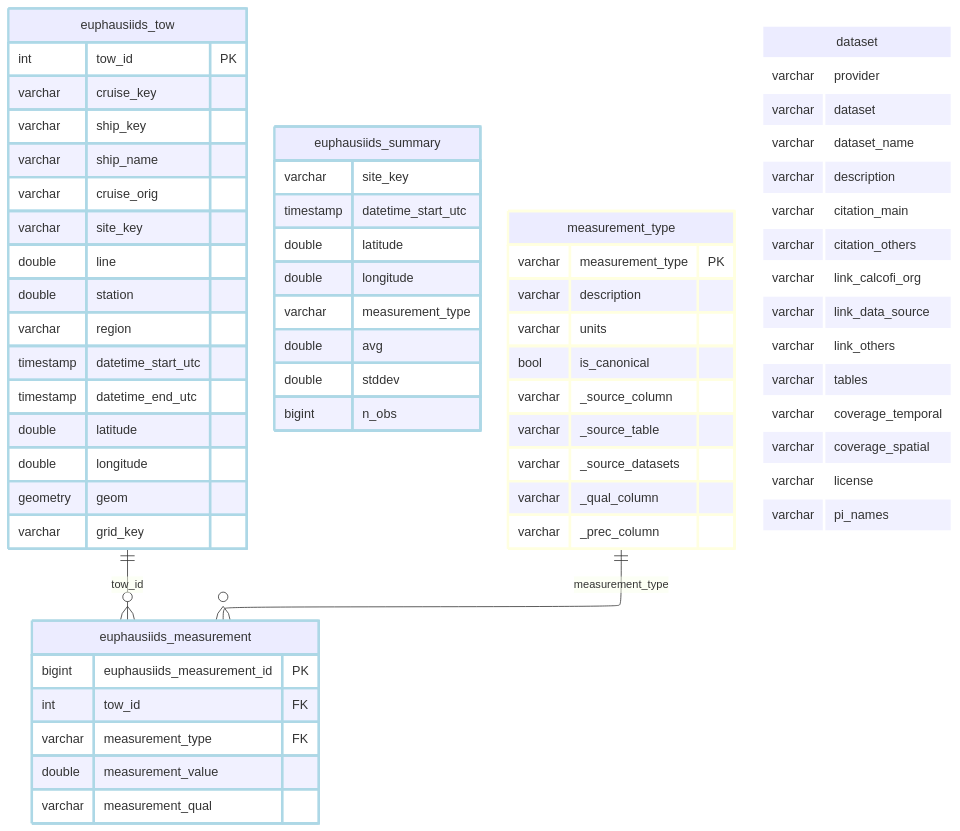
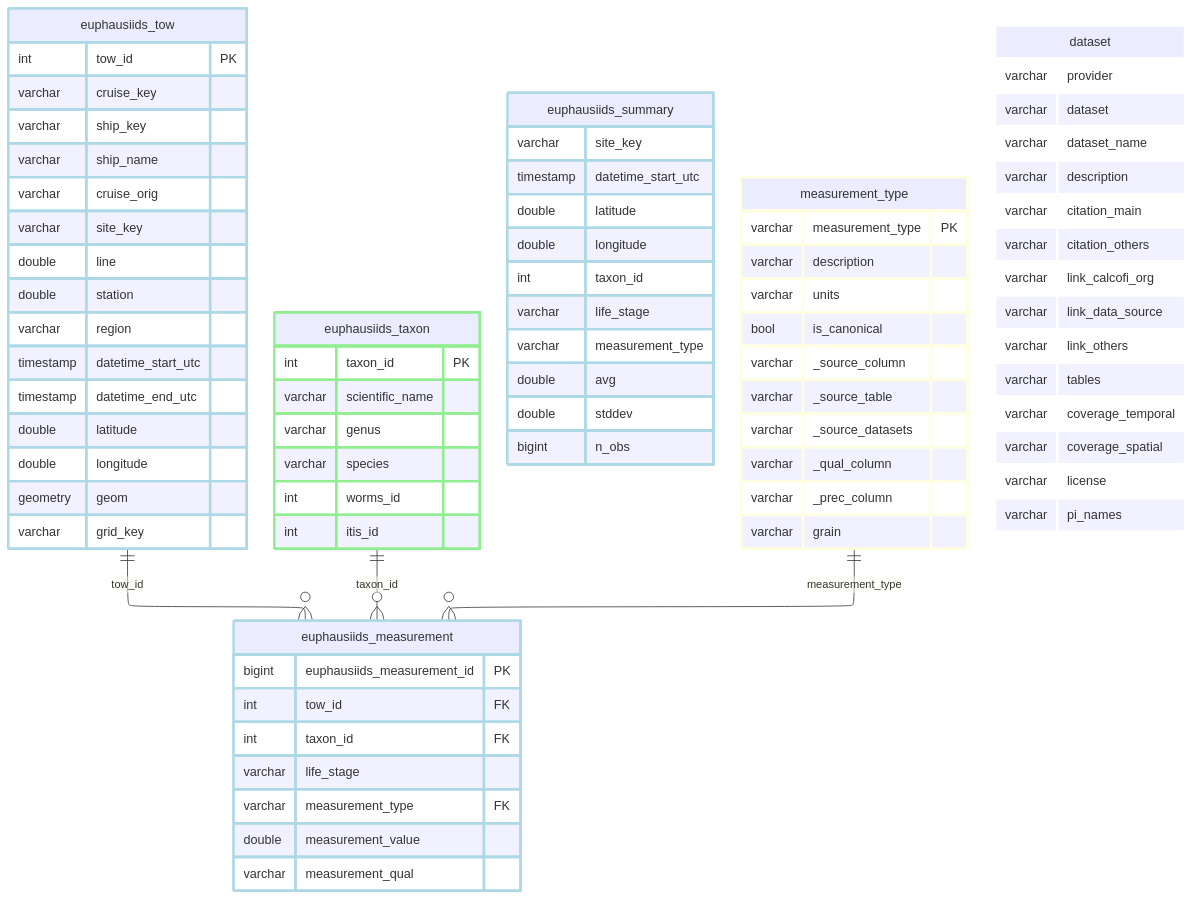
Before and after one commit to CalCOFI/workflows: the diagram in _output/ingest_cce-lter_euphausiids_files/figure-html/schema-1.mmd, drawn with Mermaid. The commit also changed 243 other files, not shown here.

```diff
--- a/_output/ingest_cce-lter_euphausiids_files/figure-html/schema-1.mmd
+++ b/_output/ingest_cce-lter_euphausiids_files/figure-html/schema-1.mmd
@@ -1,74 +1,90 @@
 ---
 config:
   layout: elk
 ---
 erDiagram
     euphausiids_tow {
         int tow_id PK
         varchar cruise_key
         varchar ship_key
         varchar ship_name
         varchar cruise_orig
         varchar site_key
         double line
         double station
         varchar region
         timestamp datetime_start_utc
         timestamp datetime_end_utc
         double latitude
         double longitude
         geometry geom
         varchar grid_key
     }
+    euphausiids_taxon {
+        int taxon_id PK
+        varchar scientific_name
+        varchar genus
+        varchar species
+        int worms_id
+        int itis_id
+    }
     euphausiids_measurement {
         bigint euphausiids_measurement_id PK
         int tow_id FK
+        int taxon_id FK
+        varchar life_stage
         varchar measurement_type FK
         double measurement_value
         varchar measurement_qual
     }
     euphausiids_summary {
         varchar site_key
         timestamp datetime_start_utc
         double latitude
         double longitude
+        int taxon_id
+        varchar life_stage
         varchar measurement_type
         double avg
         double stddev
         bigint n_obs
     }
     measurement_type {
         varchar measurement_type PK
         varchar description
         varchar units
         bool is_canonical
         varchar _source_column
         varchar _source_table
         varchar _source_datasets
         varchar _qual_column
         varchar _prec_column
+        varchar grain
     }
     dataset {
         varchar provider
         varchar dataset
         varchar dataset_name
         varchar description
         varchar citation_main
         varchar citation_others
         varchar link_calcofi_org
         varchar link_data_source
         varchar link_others
         varchar tables
         varchar coverage_temporal
         varchar coverage_spatial
         varchar license
         varchar pi_names
     }
     euphausiids_tow ||--o{ euphausiids_measurement : "tow_id"
+    euphausiids_taxon ||--o{ euphausiids_measurement : "taxon_id"
     measurement_type ||--o{ euphausiids_measurement : "measurement_type"
     classDef lightblue stroke:#ADD8E6,stroke-width:3px
     class euphausiids_tow,euphausiids_measurement,euphausiids_summary lightblue
+    classDef lightgreen stroke:#90EE90,stroke-width:3px
+    class euphausiids_taxon lightgreen
     classDef lightyellow stroke:#FFFFE0,stroke-width:3px
     class measurement_type lightyellow
     classDef white stroke:#FFFFFF,stroke-width:3px
     class dataset white
```
